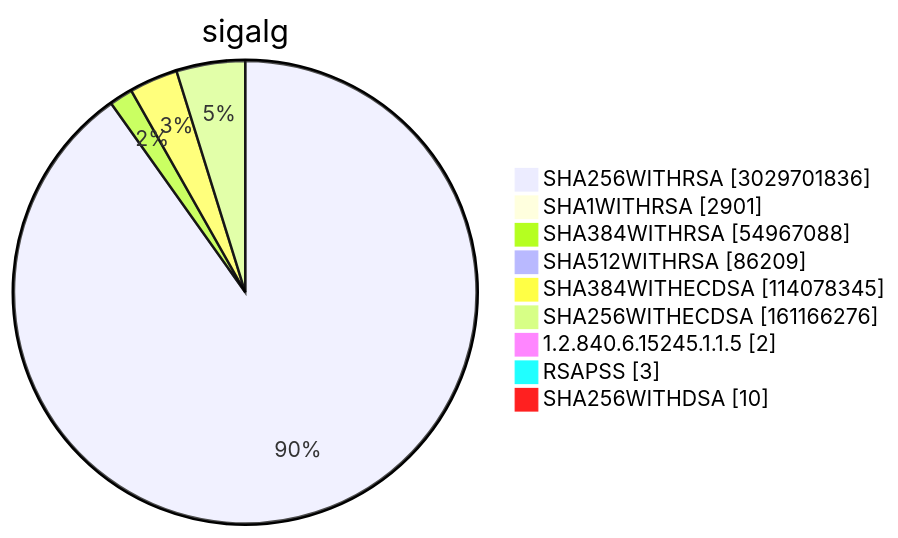
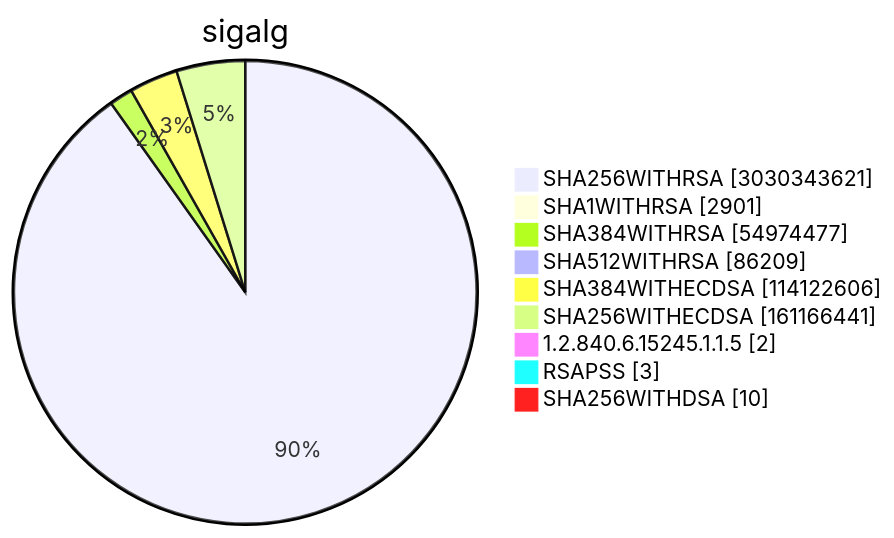
Before and after one commit to christiankrug/ctmonitor_visualization: diagram 15 of 15 in TOTAL/README.md, drawn with Mermaid. The commit also changed other lines of this file, not shown here.

````diff
--- a/TOTAL/README.md
+++ b/TOTAL/README.md
@@ -6208,13 +6208,13 @@
 ```mermaid
 pie showData
 title sigalg
-"SHA256WITHRSA" :3029701836
+"SHA256WITHRSA" :3030343621
 "SHA1WITHRSA" :2901
-"SHA384WITHRSA" :54967088
+"SHA384WITHRSA" :54974477
 "SHA512WITHRSA" :86209
-"SHA384WITHECDSA" :114078345
-"SHA256WITHECDSA" :161166276
+"SHA384WITHECDSA" :114122606
+"SHA256WITHECDSA" :161166441
 "1.2.840.6.15245.1.1.5" :2
 "RSAPSS" :3
 "SHA256WITHDSA" :10
 ```
````
